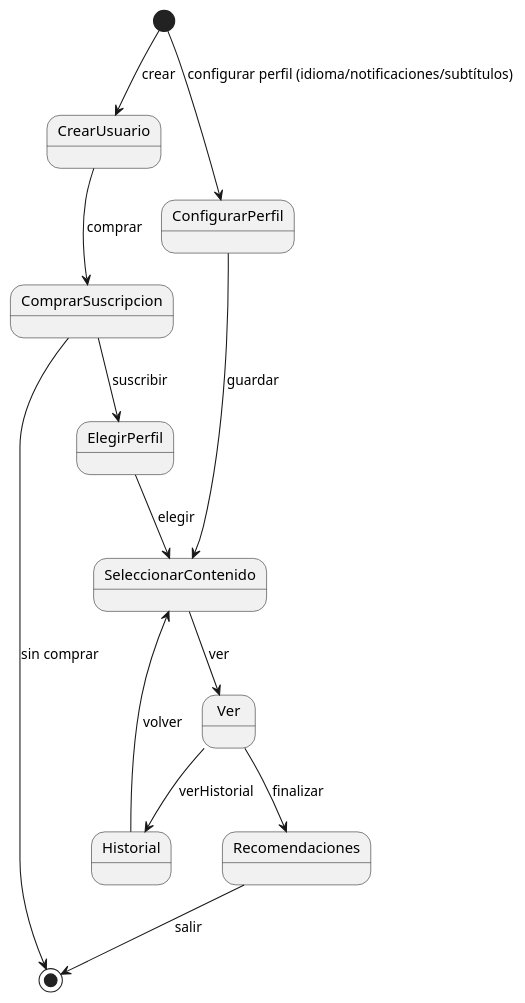
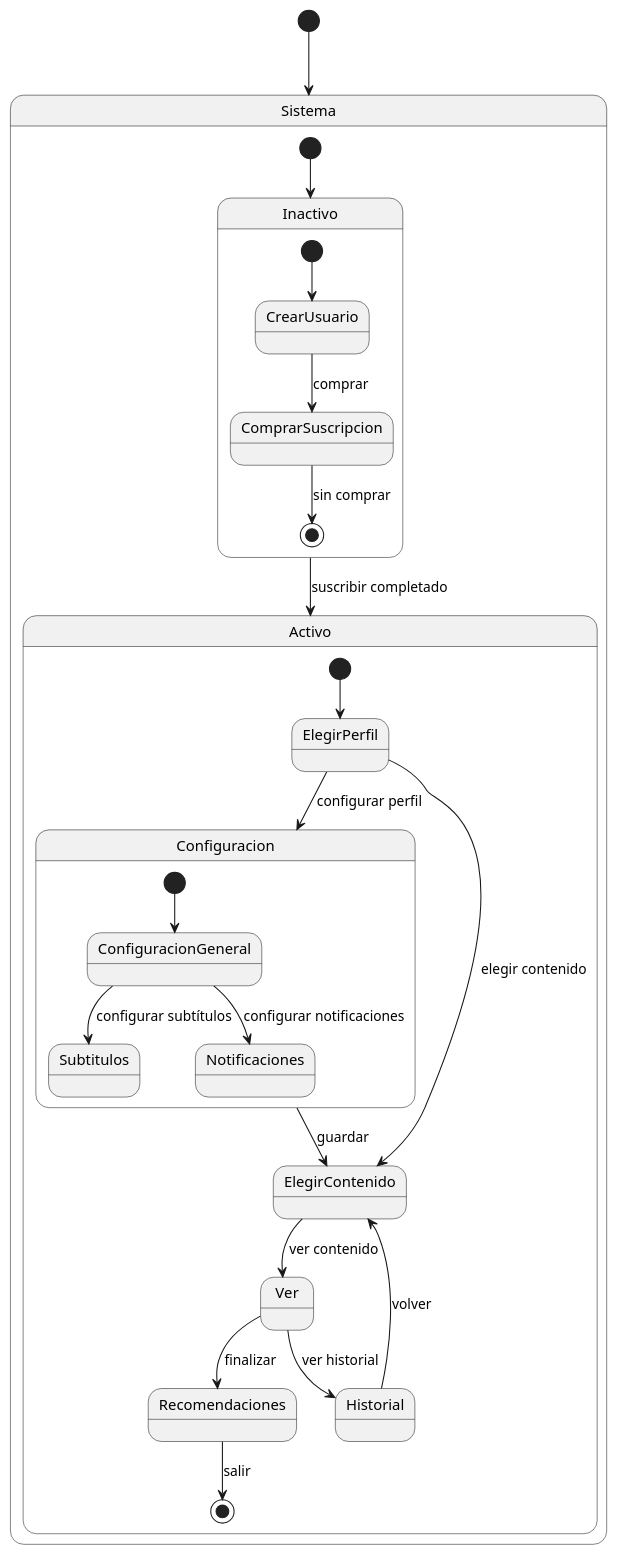
One commit to Ingenieria-Informatica-UNEATLANTICO/app-actividad-post-parcial-danielpuentesaranana changed the diagram in modelosUML/ExamenMejorado/DiagramaEstadosMejorado.puml. Above: the diagram before and after it, drawn with PlantUML. The commit also changed other lines of this file and 1 other file, not shown here.

```diff
--- a/modelosUML/ExamenMejorado/DiagramaEstadosMejorado.puml
+++ b/modelosUML/ExamenMejorado/DiagramaEstadosMejorado.puml
@@ -1,14 +1,35 @@
 @startuml
-[*] --> CrearUsuario : crear
-CrearUsuario --> ComprarSuscripcion : comprar
-ComprarSuscripcion --> ElegirPerfil : suscribir
-ElegirPerfil --> SeleccionarContenido : elegir
-SeleccionarContenido --> Ver : ver
-Ver --> Recomendaciones : finalizar
-Ver --> Historial : verHistorial
-Historial --> SeleccionarContenido : volver
-Recomendaciones --> [*] : salir
-ConfigurarPerfil --> SeleccionarContenido : guardar
-[*] --> ConfigurarPerfil : configurar perfil (idioma/notificaciones/subtítulos)
-ComprarSuscripcion --> [*] : sin comprar
+[*] --> Sistema
+
+state Sistema {
+    [*] --> Inactivo
+
+    state Inactivo {
+        [*] --> CrearUsuario
+        CrearUsuario --> ComprarSuscripcion : comprar
+        ComprarSuscripcion --> [*] : sin comprar
+    }
+
+    Inactivo --> Activo : suscribir completado
+
+    state Activo {
+        [*] --> ElegirPerfil
+        ElegirPerfil --> Configuracion : configurar perfil
+
+        state Configuracion {
+            [*] --> ConfiguracionGeneral
+            ConfiguracionGeneral --> Subtitulos : configurar subtítulos
+            ConfiguracionGeneral --> Notificaciones : configurar notificaciones
+        }
+
+        Configuracion --> ElegirContenido : guardar
+
+        ElegirPerfil --> ElegirContenido : elegir contenido
+        ElegirContenido --> Ver : ver contenido
+        Ver --> Recomendaciones : finalizar
+        Ver --> Historial : ver historial
+        Historial --> ElegirContenido : volver
+        Recomendaciones --> [*] : salir
+    }
+}
 @enduml
```
